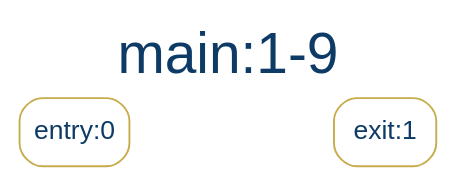
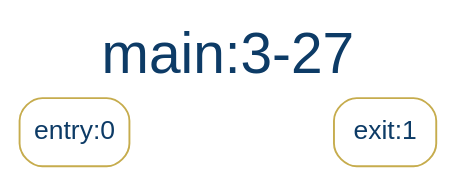
The diagram in output/main.dot (akenofu/jsat), drawn with Graphviz before and after one commit. The commit also changed 6 other files, not shown here.

```diff
--- a/output/main.dot
+++ b/output/main.dot
@@ -1,20 +1,20 @@
-// main:1-9
-digraph "main:1-9" {
+// main:3-27
+digraph "main:3-27" {
     default = "#0D3B66";
     bgcolor = "white";
     color = "#0D3B66";
     fontcolor = "#0D3B66";
     fontname = "arial";
     shape = "ellipse";
     nodesep = "1.5";
     margin = "0.5, 0.2";
     labelloc="t";
-    label="main:1-9";
+    label="main:3-27";
     fontsize=30
     node [color = "#0D3B66", fontcolor = "#0D3B66", fontname = "arial", style = "rounded"];
     0 [label = "entry:0", color = "#C6AC4D", fontcolor = "#0D3B66", fontname = "arial", style = "rounded", shape = "box"];
     1 [label = "exit:1", color = "#C6AC4D", fontcolor = "#0D3B66", fontname = "arial", style = "rounded", shape = "box"];
     
     // Conditional edges
     edge [color = "#F95738", fontcolor = "#F95738", fontname = "arial italic", style = "dashed"];
 }
```
